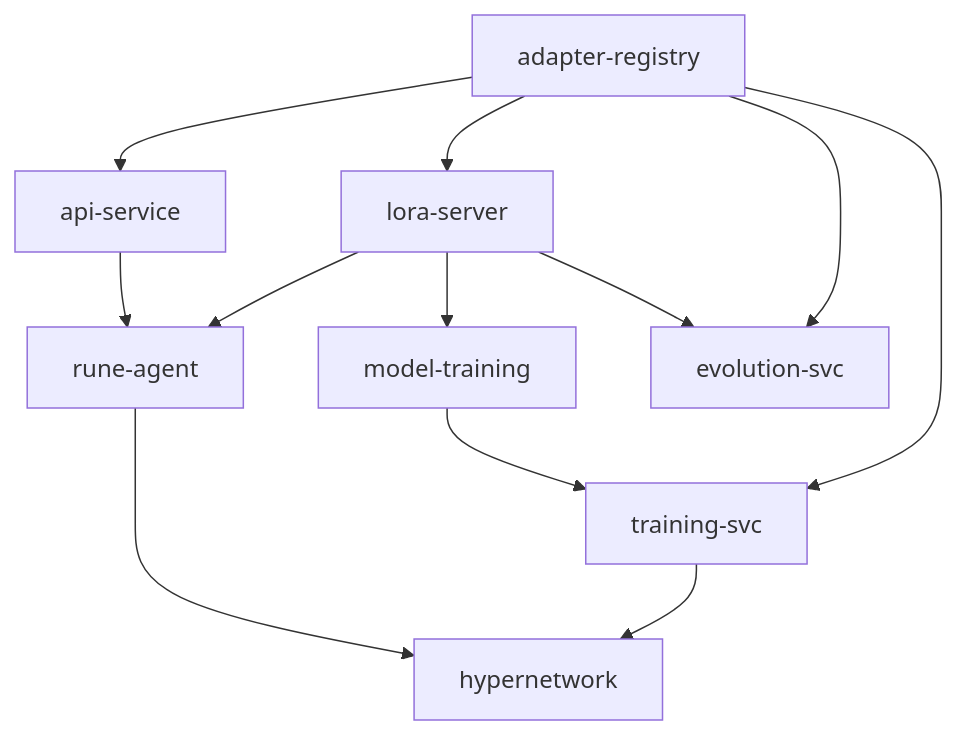
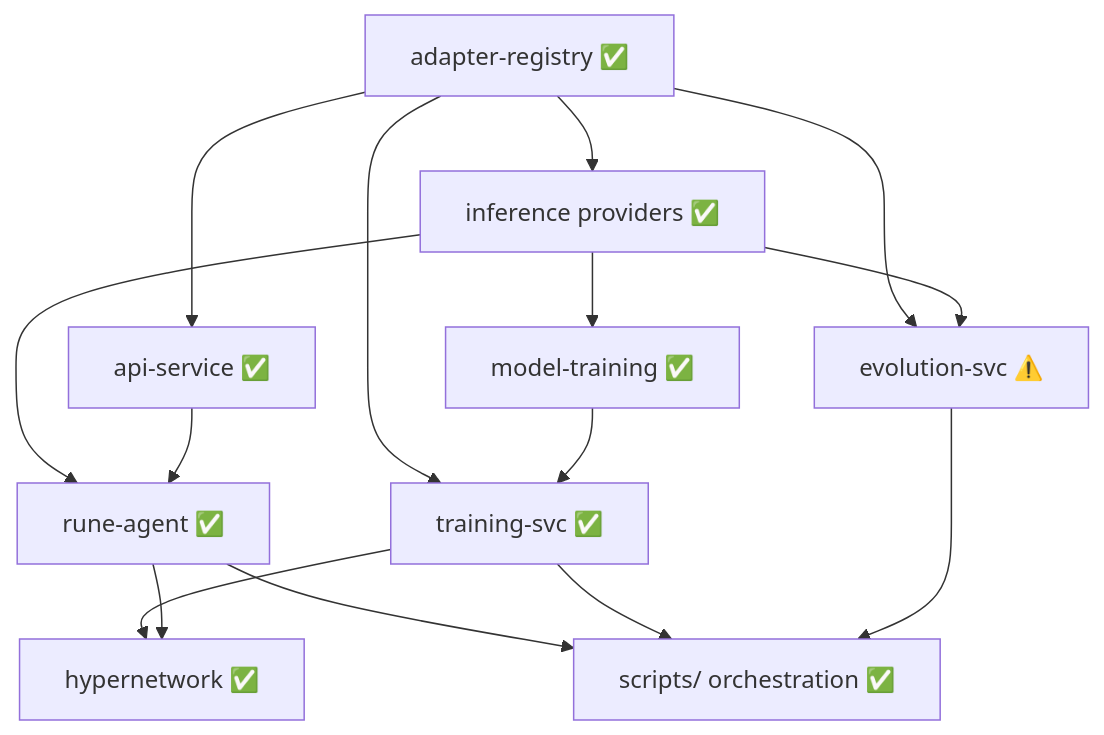
The diagram in docs/appendices/build-order.md (ElixirTrials/rune), drawn with Mermaid before and after one commit. The commit also changed other lines of this file and 20 other files, not shown here.

````diff
--- a/docs/appendices/build-order.md
+++ b/docs/appendices/build-order.md
@@ -18,14 +19,17 @@
 ```mermaid
 flowchart TD
-    adapter_registry["adapter-registry"] --> lora_server["lora-server"]
-    adapter_registry --> api_service["api-service"]
-    lora_server --> model_training["model-training"]
-    lora_server --> rune_agent["rune-agent"]
+    adapter_registry["adapter-registry ✅"] --> inference_providers["inference providers ✅"]
+    adapter_registry --> api_service["api-service ✅"]
+    inference_providers --> model_training["model-training ✅"]
+    inference_providers --> rune_agent["rune-agent ✅"]
     api_service --> rune_agent
-    adapter_registry --> evolution_svc["evolution-svc"]
-    lora_server --> evolution_svc
-    adapter_registry --> training_svc["training-svc"]
+    adapter_registry --> evolution_svc["evolution-svc ⚠️"]
+    inference_providers --> evolution_svc
+    adapter_registry --> training_svc["training-svc ✅"]
     model_training --> training_svc
-    training_svc --> hypernetwork
+    training_svc --> hypernetwork["hypernetwork ✅"]
     rune_agent --> hypernetwork
+    rune_agent --> scripts["scripts/ orchestration ✅"]
+    training_svc --> scripts
+    evolution_svc --> scripts
 ```
````
